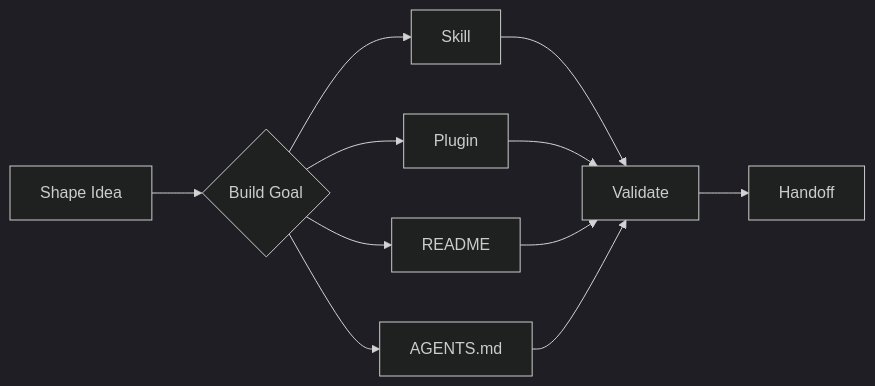
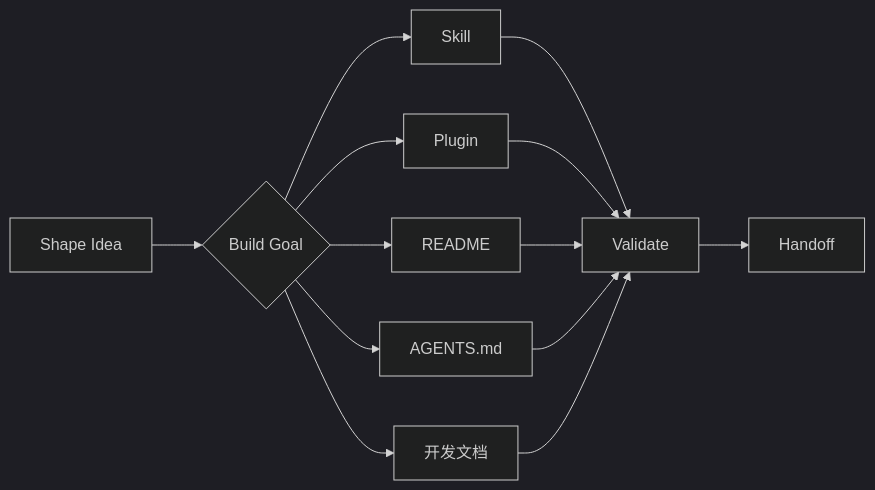
The diagram in README.md (koco-co/build-goals), drawn with Mermaid (dark theme) before and after one commit. The commit also changed other lines of this file and 28 other files, not shown here.

````diff
--- a/README.md
+++ b/README.md
@@ -53,13 +58,15 @@
 ```mermaid
 flowchart LR
     A[Shape Idea] --> B{Build Goal}
     B --> C[Skill]
     B --> D[Plugin]
     B --> F[README]
     B --> M[AGENTS.md]
+    B --> N[开发文档]
     C --> K[Validate]
     D --> K
     F --> K
     M --> K
+    N --> K
     K --> L[Handoff]
 ```
````
